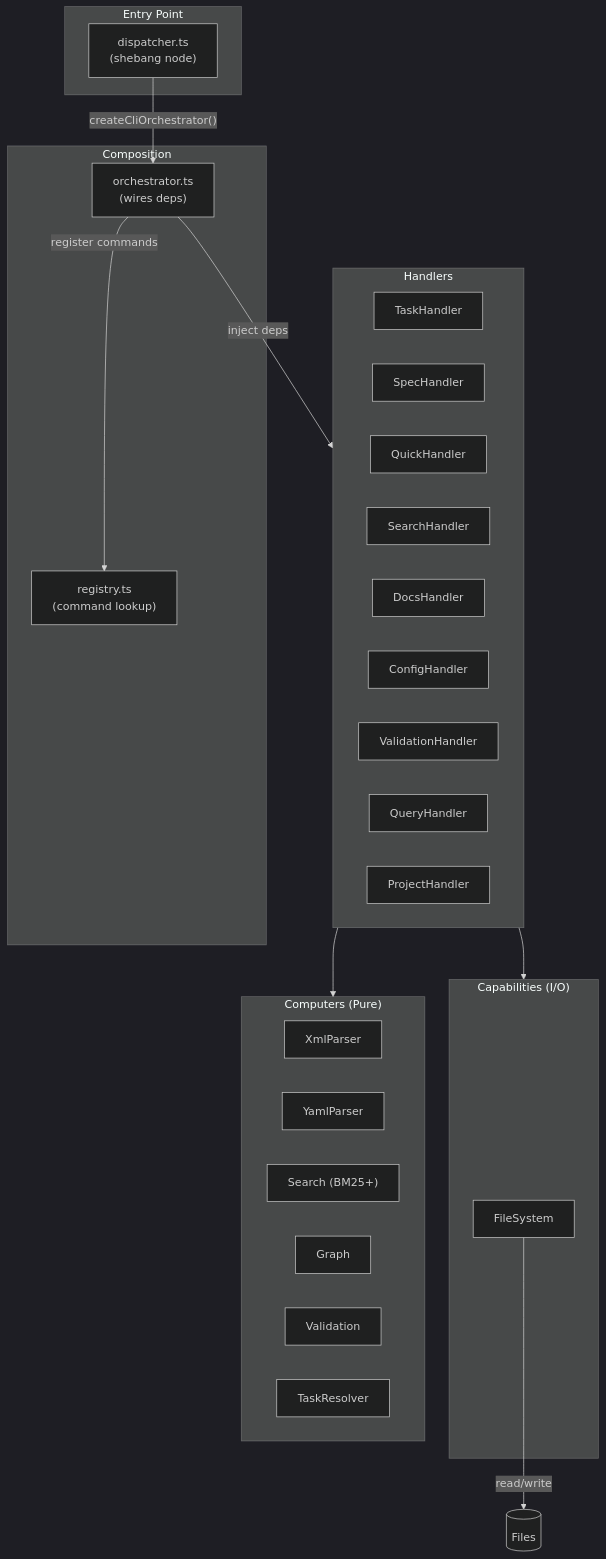
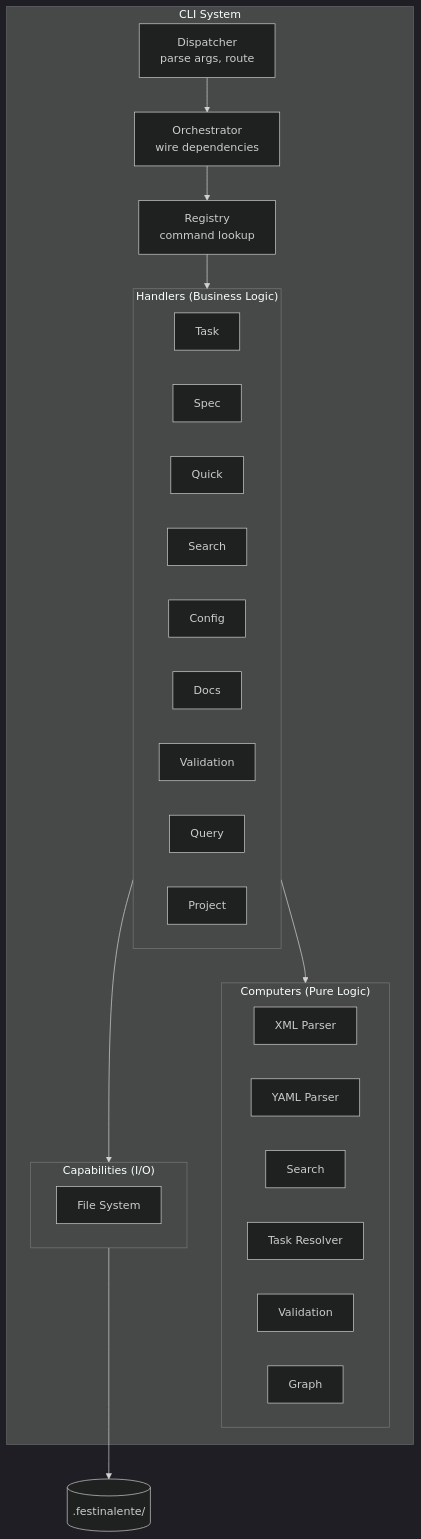
One commit to mattfletcher94/festinalente changed the first of 2 diagrams in .festinalente/engineering/systems/cli/_index.md. Above: the diagram before and after it, drawn with Mermaid (dark theme). The commit also changed other lines of this file and 17 other files, not shown here.

````diff
--- a/.festinalente/engineering/systems/cli/_index.md
+++ b/.festinalente/engineering/systems/cli/_index.md
@@ -70,45 +69,40 @@
 ```mermaid
 flowchart TB
-    subgraph Entry["Entry Point"]
-        DISP["dispatcher.ts<br/>(shebang node)"]
+    subgraph CLI["CLI System"]
+        DISP["Dispatcher<br/>parse args, route"]
+        ORCH["Orchestrator<br/>wire dependencies"]
+        REG["Registry<br/>command lookup"]
+
+        subgraph Handlers["Handlers (Business Logic)"]
+            TH["Task"]
+            SH["Spec"]
+            QH["Quick"]
+            SEH["Search"]
+            CH["Config"]
+            DH["Docs"]
+            VH["Validation"]
+            QUH["Query"]
+            PH["Project"]
+        end
+
+        subgraph Computers["Computers (Pure Logic)"]
+            XP["XML Parser"]
+            YP["YAML Parser"]
+            SC["Search"]
+            TR["Task Resolver"]
+            VC["Validation"]
+            GC["Graph"]
+        end
+
+        subgraph Capabilities["Capabilities (I/O)"]
+            FS["File System"]
+        end
     end
 
-    subgraph Composition["Composition"]
-        ORCH["orchestrator.ts<br/>(wires deps)"]
-        REG["registry.ts<br/>(command lookup)"]
-    end
-
-    subgraph Handlers["Handlers"]
-        TASK["TaskHandler"]
-        SPEC["SpecHandler"]
-        QUICK["QuickHandler"]
-        SEARCH["SearchHandler"]
-        DOCS["DocsHandler"]
-        CONFIG["ConfigHandler"]
-        VALID["ValidationHandler"]
-        QUERY["QueryHandler"]
-        PROJECT["ProjectHandler"]
-    end
-
-    subgraph Capabilities["Capabilities (I/O)"]
-        FS["FileSystem"]
-    end
-
-    subgraph Computers["Computers (Pure)"]
-        XML["XmlParser"]
-        YAML["YamlParser"]
-        SRCH["Search (BM25+)"]
-        GRAPH["Graph"]
-        VAL["Validation"]
-        TRES["TaskResolver"]
-    end
-
-    DISP -->|"createCliOrchestrator()"| ORCH
-    ORCH -->|"register commands"| REG
-    ORCH -->|"inject deps"| Handlers
-
+    DISP --> ORCH
+    ORCH --> REG
+    REG --> Handlers
+    Handlers --> Computers
     Handlers --> Capabilities
-    Handlers --> Computers
-
-    FS -->|"read/write"| DB[(Files)]
+    Capabilities --> DB[(".festinalente/")]
 ```
````
